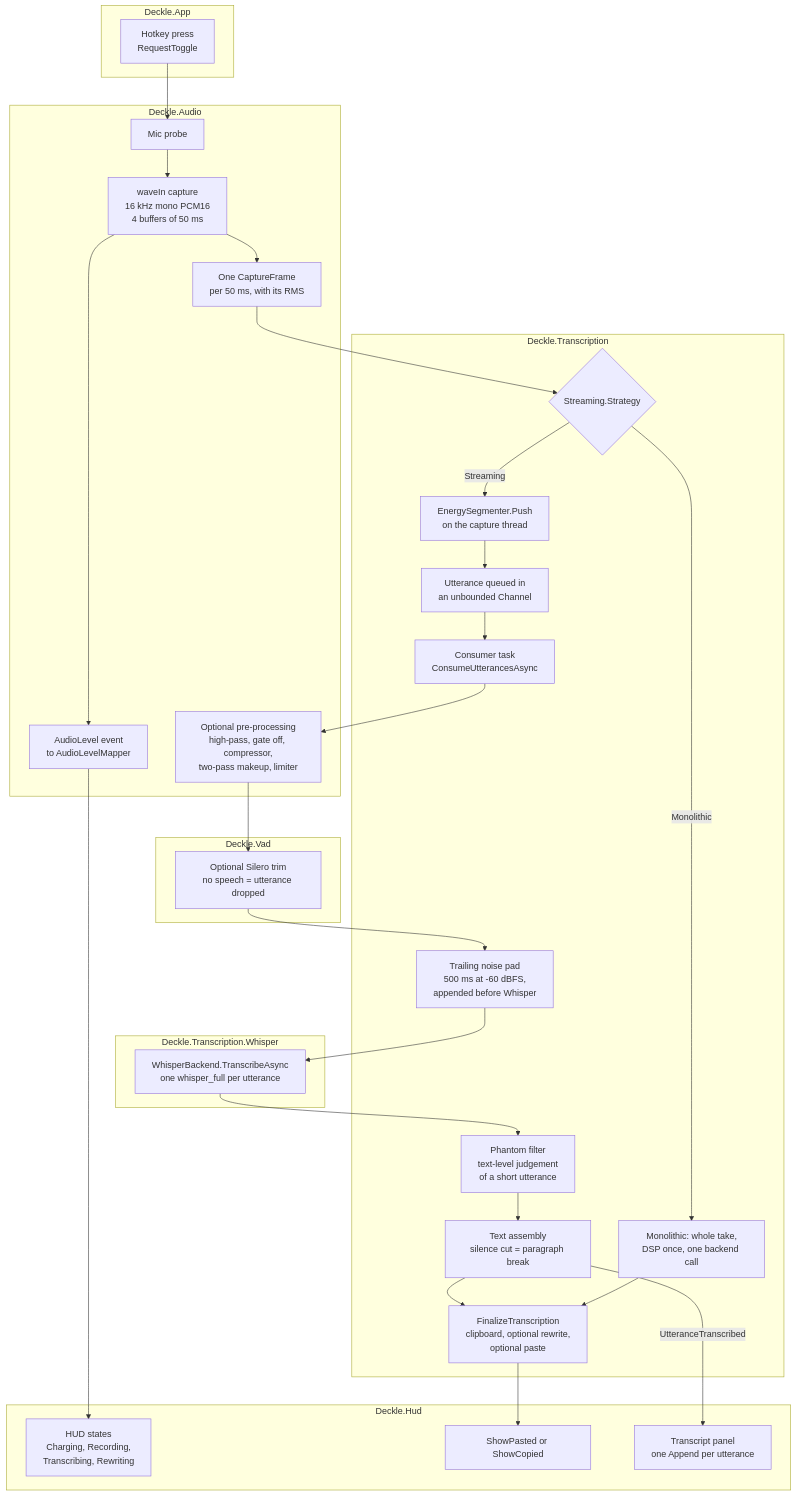
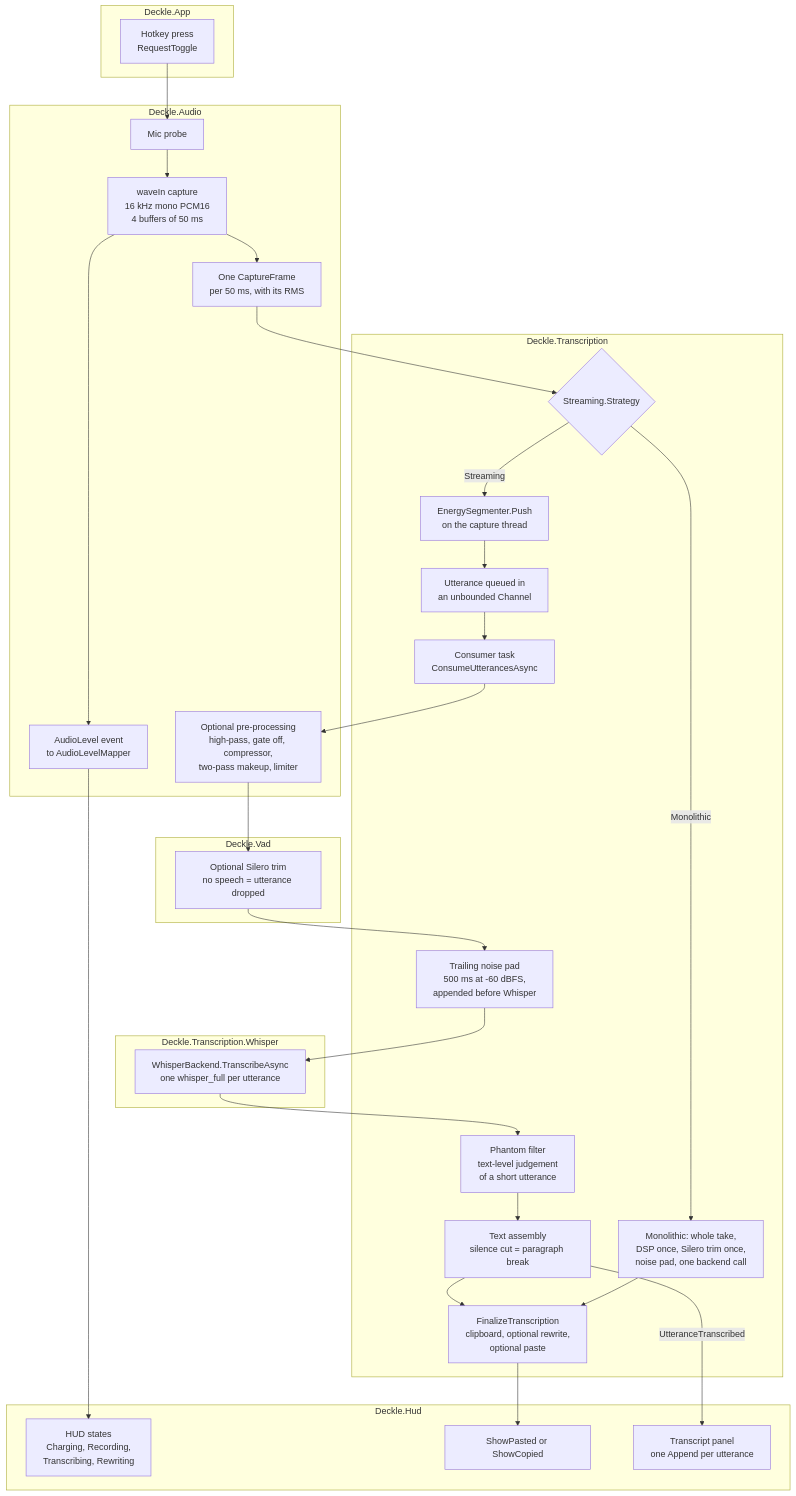
One commit to louisfifre/deckle changed the first of 3 diagrams in docs/transcription-audio-chain.md. Above: the diagram before and after it, drawn with Mermaid. The commit also changed other lines of this file and 33 other files, not shown here.

````diff
--- a/docs/transcription-audio-chain.md
+++ b/docs/transcription-audio-chain.md
@@ -36,48 +36,48 @@
 ```mermaid
 flowchart TD
     subgraph APP["Deckle.App"]
         HK["Hotkey press<br/>RequestToggle"]
     end
 
     subgraph AUDIO["Deckle.Audio"]
         PROBE["Mic probe"]
         CAP["waveIn capture<br/>16 kHz mono PCM16<br/>4 buffers of 50 ms"]
         FRAME["One CaptureFrame<br/>per 50 ms, with its RMS"]
         LEVEL["AudioLevel event<br/>to AudioLevelMapper"]
         DSP["Optional pre-processing<br/>high-pass, gate off, compressor,<br/>two-pass makeup, limiter"]
     end
 
     subgraph TRANS["Deckle.Transcription"]
         FORK{"Streaming.Strategy"}
         SEG["EnergySegmenter.Push<br/>on the capture thread"]
         CHAN["Utterance queued in<br/>an unbounded Channel"]
         CONS["Consumer task<br/>ConsumeUtterancesAsync"]
         PAD["Trailing noise pad<br/>500 ms at -60 dBFS,<br/>appended before Whisper"]
         PHANTOM["Phantom filter<br/>text-level judgement<br/>of a short utterance"]
         ASSEMBLE["Text assembly<br/>silence cut = paragraph break"]
-        MONO["Monolithic: whole take,<br/>DSP once, one backend call"]
+        MONO["Monolithic: whole take,<br/>DSP once, Silero trim once,<br/>noise pad, one backend call"]
         FIN["FinalizeTranscription<br/>clipboard, optional rewrite,<br/>optional paste"]
     end
 
     subgraph VAD["Deckle.Vad"]
         TRIM["Optional Silero trim<br/>no speech = utterance dropped"]
     end
 
     subgraph WHISPER["Deckle.Transcription.Whisper"]
         ASR["WhisperBackend.TranscribeAsync<br/>one whisper_full per utterance"]
     end
 
     subgraph HUDM["Deckle.Hud"]
         HUD["HUD states<br/>Charging, Recording,<br/>Transcribing, Rewriting"]
         OUT["ShowPasted or ShowCopied"]
         PANEL["Transcript panel<br/>one Append per utterance"]
     end
 
     HK --> PROBE --> CAP --> FRAME --> FORK
     CAP --> LEVEL --> HUD
     FORK -- Streaming --> SEG --> CHAN --> CONS
     CONS --> DSP --> TRIM --> PAD --> ASR --> PHANTOM --> ASSEMBLE --> FIN
     ASSEMBLE -- UtteranceTranscribed --> PANEL
     FORK -- Monolithic --> MONO --> FIN
     FIN --> OUT
 ```
````
